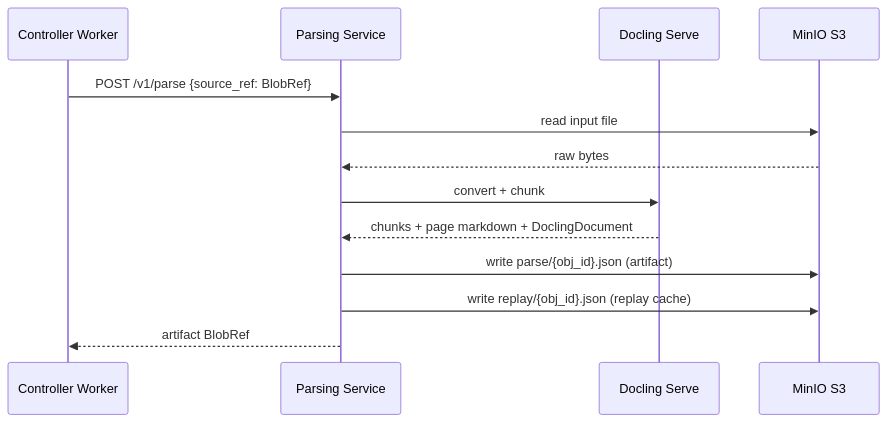
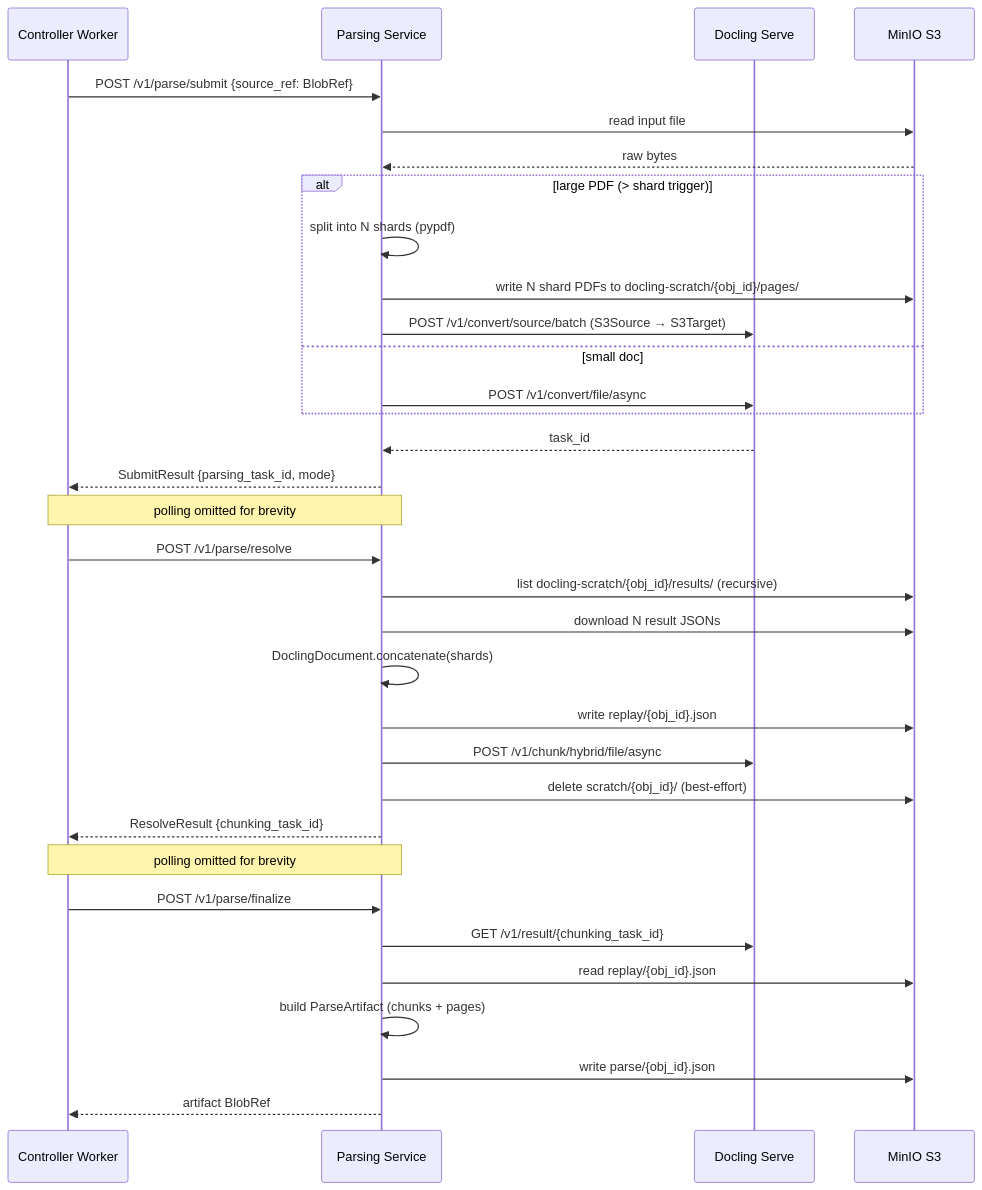
One commit to k-sparrow/artemis changed the third of 4 diagrams in docs/architecture/ingestion-subsystem.md. Above: the diagram before and after it, drawn with Mermaid. The commit also changed other lines of this file and 3 other files, not shown here.

Commit message:
[docs/...] adjusted docs to new async parsing service flow

````diff
--- a/docs/architecture/ingestion-subsystem.md
+++ b/docs/architecture/ingestion-subsystem.md
@@ -134,16 +148,40 @@
 ```mermaid
 sequenceDiagram
     participant CW as Controller Worker
     participant PS as Parsing Service
     participant Docling as Docling Serve
     participant S3 as MinIO S3
 
-    CW->>PS: POST /v1/parse {source_ref: BlobRef}
+    CW->>PS: POST /v1/parse/submit {source_ref: BlobRef}
     PS->>S3: read input file
     S3-->>PS: raw bytes
-    PS->>Docling: convert + chunk
-    Docling-->>PS: chunks + page markdown + DoclingDocument
-    PS->>S3: write parse/{obj_id}.json (artifact)
-    PS->>S3: write replay/{obj_id}.json (replay cache)
+    alt large PDF (> shard trigger)
+        PS->>PS: split into N shards (pypdf)
+        PS->>S3: write N shard PDFs to docling-scratch/{obj_id}/pages/
+        PS->>Docling: POST /v1/convert/source/batch (S3Source → S3Target)
+    else small doc
+        PS->>Docling: POST /v1/convert/file/async
+    end
+    Docling-->>PS: task_id
+    PS-->>CW: SubmitResult {parsing_task_id, mode}
+
+    note over CW,PS: polling omitted for brevity
+
+    CW->>PS: POST /v1/parse/resolve
+    PS->>S3: list docling-scratch/{obj_id}/results/ (recursive)
+    PS->>S3: download N result JSONs
+    PS->>PS: DoclingDocument.concatenate(shards)
+    PS->>S3: write replay/{obj_id}.json
+    PS->>Docling: POST /v1/chunk/hybrid/file/async
+    PS->>S3: delete scratch/{obj_id}/ (best-effort)
+    PS-->>CW: ResolveResult {chunking_task_id}
+
+    note over CW,PS: polling omitted for brevity
+
+    CW->>PS: POST /v1/parse/finalize
+    PS->>Docling: GET /v1/result/{chunking_task_id}
+    PS->>S3: read replay/{obj_id}.json
+    PS->>PS: build ParseArtifact (chunks + pages)
+    PS->>S3: write parse/{obj_id}.json
     PS-->>CW: artifact BlobRef
 ```
````
